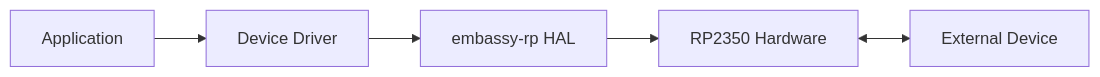
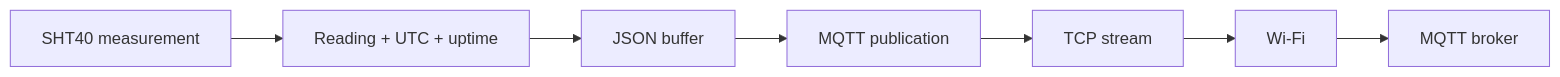
One commit to zmad5306/PicoDataLogger changed the third of 4 diagrams in docs/architecture.md. Above: the diagram before and after it, drawn with Mermaid. The commit also changed other lines of this file and 1 other file, not shown here.

Commit message:
Refresh architecture and project documentation (#39)

````diff
--- a/docs/architecture.md
+++ b/docs/architecture.md
@@ -106,7 +75,12 @@
 ```mermaid
 flowchart LR
-    APP["Application"] --> DRIVER["Device Driver"]
-    DRIVER --> HAL["embassy-rp HAL"]
-    HAL --> RP["RP2350 Hardware"]
-    RP <--> DEVICE["External Device"]
+    SENSOR["SHT40 measurement"]
+    READING["Reading + UTC + uptime"]
+    JSON["JSON buffer"]
+    MQTT["MQTT publication"]
+    TCP["TCP stream"]
+    WIFI["Wi-Fi"]
+    BROKER["MQTT broker"]
+
+    SENSOR --> READING --> JSON --> MQTT --> TCP --> WIFI --> BROKER
 ```
````
